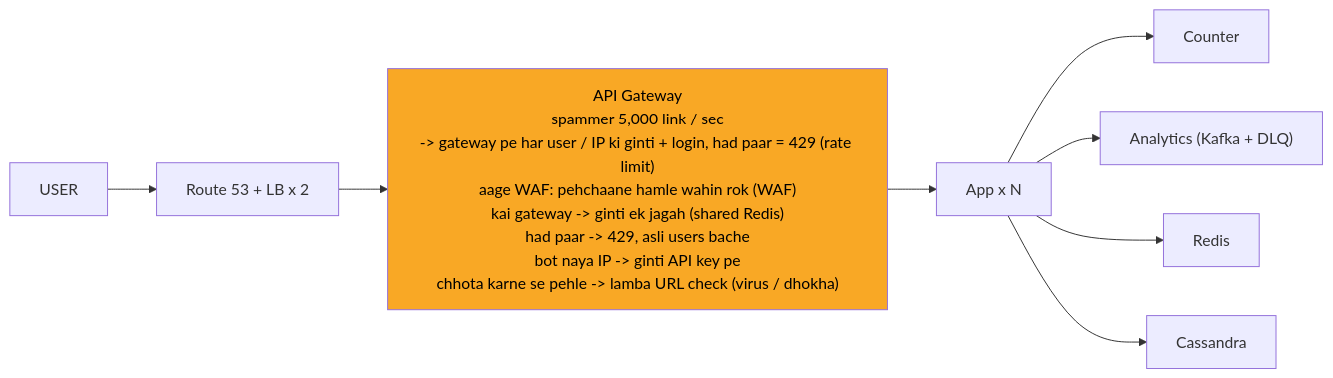
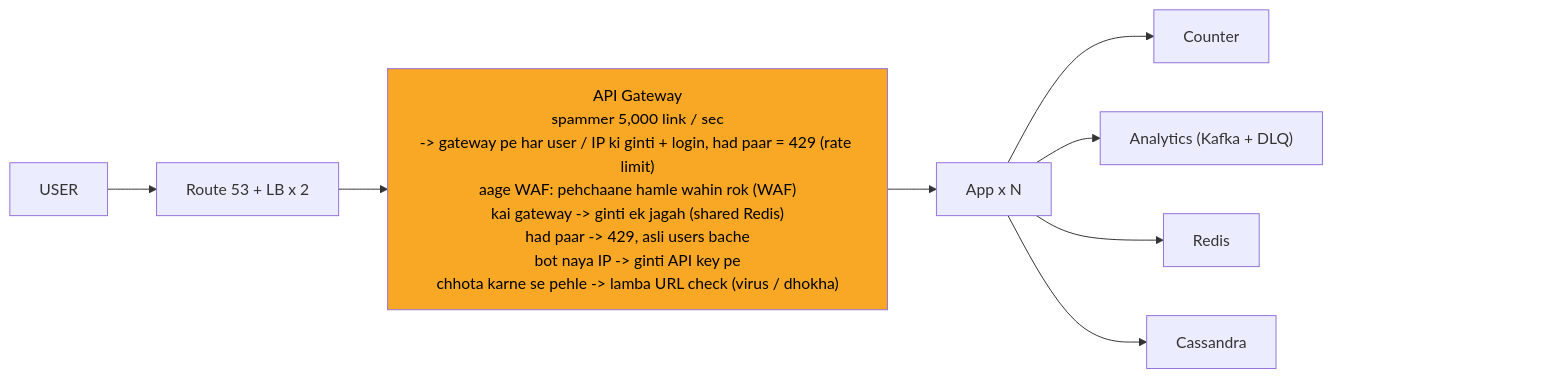
The ninth of 10 diagrams in 04_HLD/SYSTEM_DESIGNS/01_url_shortener/01_url_shortener.md (ArpanMaheshwari144/Prep), drawn with Mermaid before and after one commit. The commit also changed other lines of this file and 13 other files, not shown here.

Commit message:
hld 14 file: har diagram ke daayein andekha dabba, zoom button asli dabbe pe na aaye

````diff
--- a/04_HLD/SYSTEM_DESIGNS/01_url_shortener/01_url_shortener.md
+++ b/04_HLD/SYSTEM_DESIGNS/01_url_shortener/01_url_shortener.md
@@ -398,20 +422,23 @@
 ```mermaid
 %%{init: {"flowchart": {"wrappingWidth": 450}}}%%
 flowchart LR
     n_USER["USER"]
     n_EDGE["Route 53 + LB x 2"]
     n_API_Gateway["API Gateway<br/>spammer 5,000 link / sec<br/>-> gateway pe har user / IP ki ginti + login, had paar = 429 (rate limit)<br/>aage WAF: pehchaane hamle wahin rok (WAF)<br/>kai gateway -> ginti ek jagah (shared Redis)<br/>had paar -> 429, asli users bache<br/>bot naya IP -> ginti API key pe<br/>chhota karne se pehle -> lamba URL check (virus / dhokha)"]
     n_App_xN["App x N"]
     n_Counter["Counter"]
     n_ANA["Analytics (Kafka + DLQ)"]
     n_Redis["Redis"]
     n_Cassandra["Cassandra"]
     n_USER --> n_EDGE
     n_EDGE --> n_API_Gateway
     n_API_Gateway --> n_App_xN
     n_App_xN --> n_Counter
     n_App_xN --> n_ANA
     n_App_xN --> n_Redis
     n_App_xN --> n_Cassandra
+    n_pad["xxxxxxxxxxxxxxxx"]
+    n_Cassandra ~~~ n_pad
     style n_API_Gateway fill:#f9a825,color:#000
+    style n_pad fill:none,stroke:none,color:#ffffff00
 ```
````
